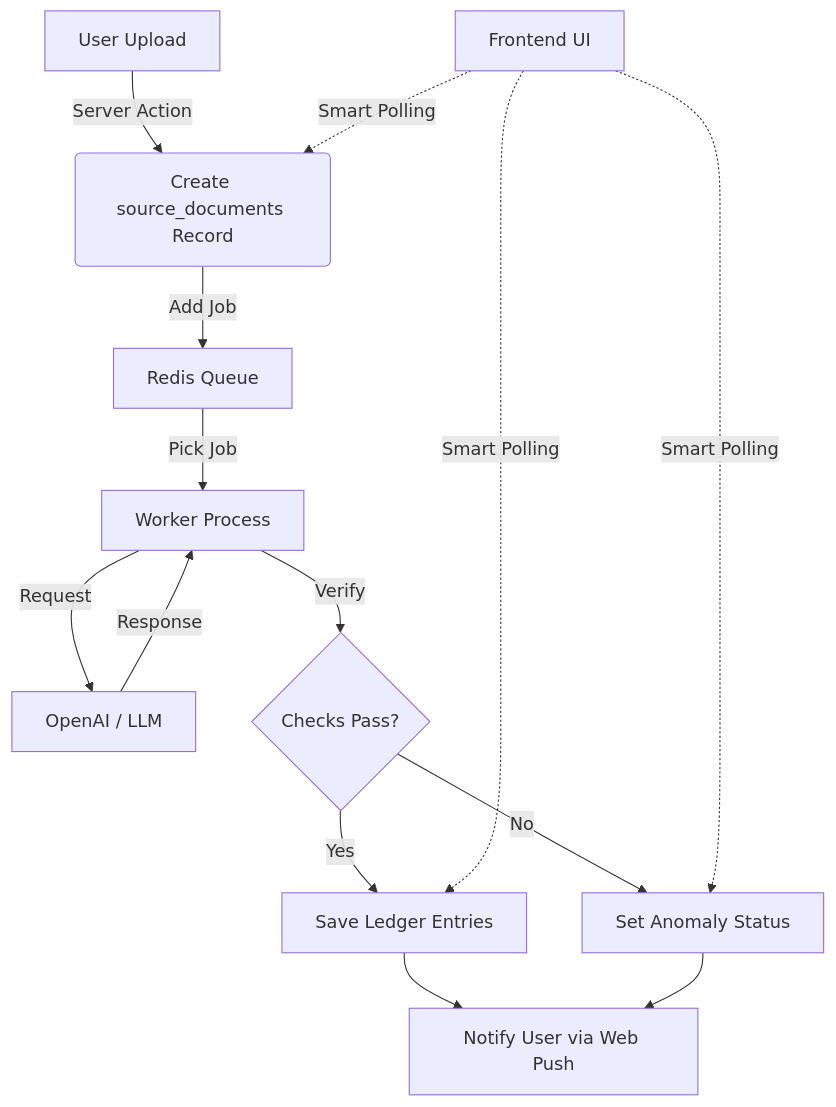
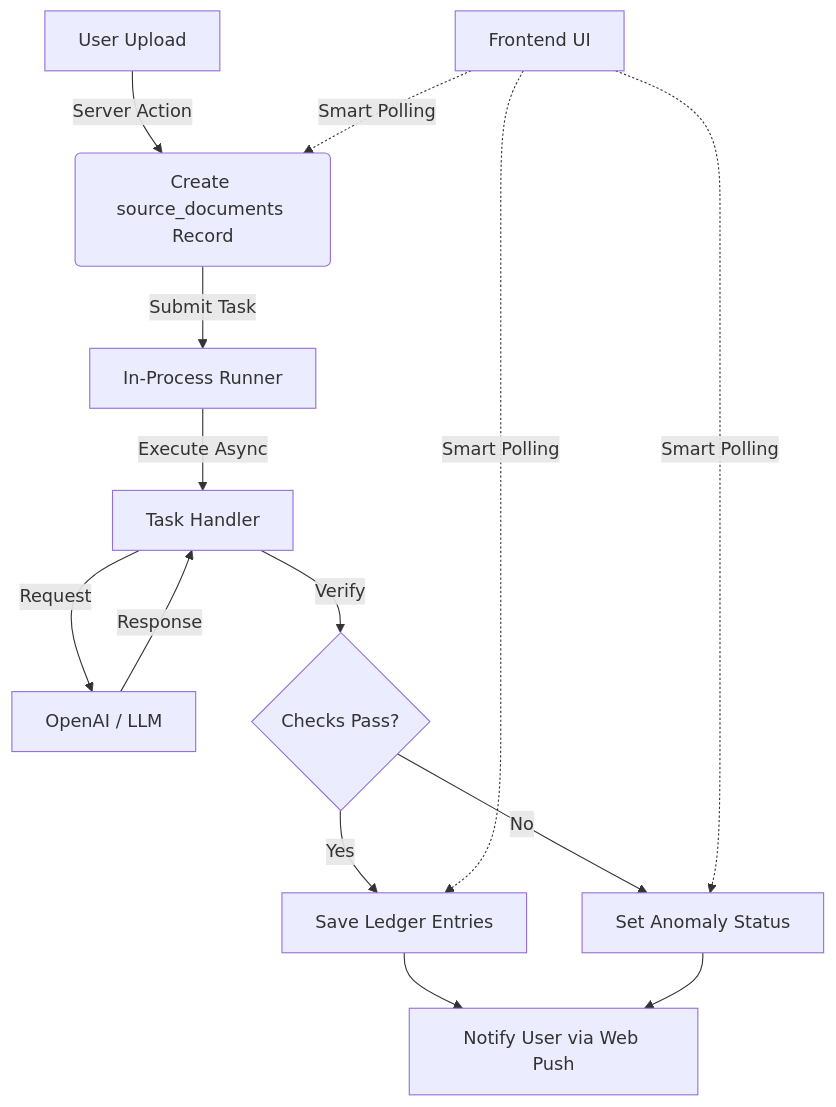
Before and after one commit to Xiangyu-Labs/Cashier: the diagram in docs/ai_pipeline_architecture.md, drawn with Mermaid. The commit also changed other lines of this file and 9 other files, not shown here.

Commit message:
feat: Replace Redis with an in-memory store for rate limiting and async task processing to simplify infrastructure.

````diff
--- a/docs/ai_pipeline_architecture.md
+++ b/docs/ai_pipeline_architecture.md
@@ -17,16 +16,16 @@
 ```mermaid
 graph TD
     A[User Upload] -->|Server Action| B(Create source_documents Record)
-    B -->|Add Job| C[Redis Queue]
-    C -->|Pick Job| D[Worker Process]
+    B -->|Submit Task| C[In-Process Runner]
+    C -->|Execute Async| D[Task Handler]
     D -->|Request| E[OpenAI / LLM]
     E -->|Response| D
     D -->|Verify| F{Checks Pass?}
     F -->|Yes| G[Save Ledger Entries]
     F -->|No| H[Set Anomaly Status]
     G --> I[Notify User via Web Push]
     H --> I
     J[Frontend UI] -.->|Smart Polling| B
     J -.->|Smart Polling| G
     J -.->|Smart Polling| H
 ```
````
